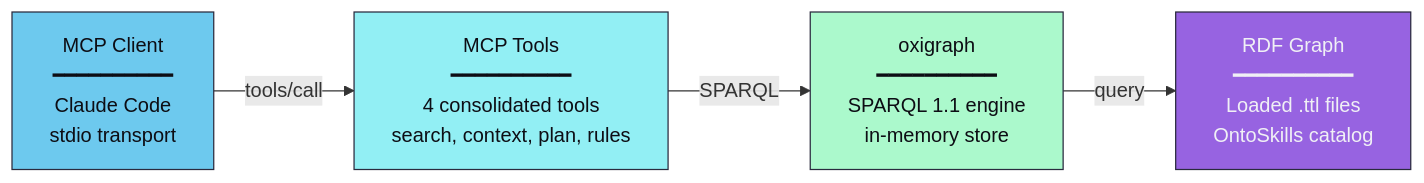
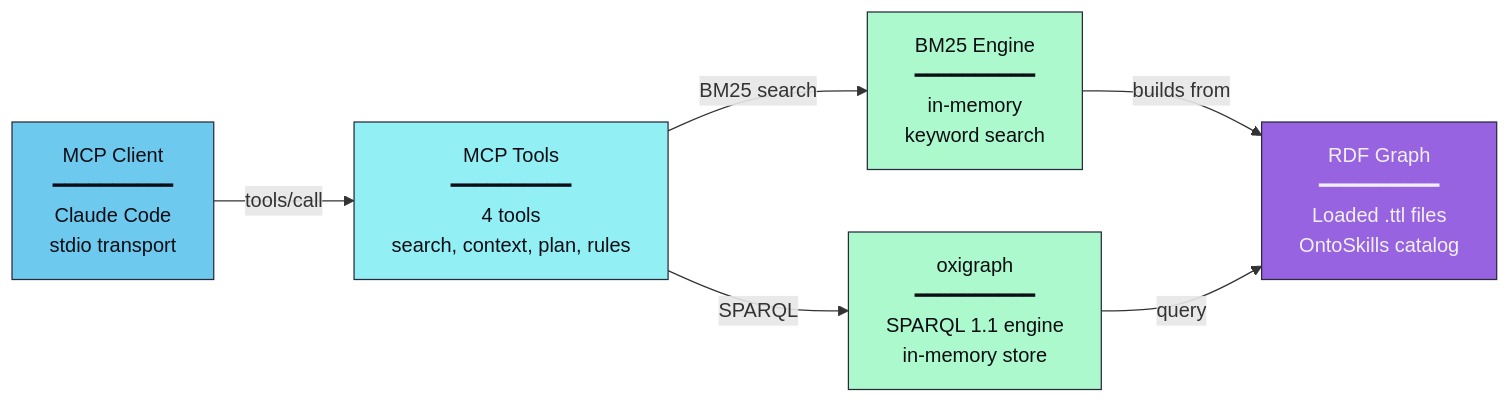
The second of 3 diagrams in mcp/README.md (mareasoftware/ontoclaw), drawn with Mermaid before and after one commit. The commit also changed other lines of this file and 103 other files, not shown here.

````diff
--- a/mcp/README.md
+++ b/mcp/README.md
@@ -44,11 +44,14 @@
 ```mermaid
 flowchart LR
-    CLIENT["MCP Client<br/>━━━━━━━━━━<br/>Claude Code<br/>stdio transport"] -->|"tools/call"| TOOLS["MCP Tools<br/>━━━━━━━━━━<br/>4 consolidated tools<br/>search, context, plan, rules"]
+    CLIENT["MCP Client<br/>━━━━━━━━━━<br/>Claude Code<br/>stdio transport"] -->|"tools/call"| TOOLS["MCP Tools<br/>━━━━━━━━━━<br/>4 tools<br/>search, context, plan, rules"]
+    TOOLS -->|"BM25 search"| BM25["BM25 Engine<br/>━━━━━━━━━━<br/>in-memory<br/>keyword search"]
     TOOLS -->|"SPARQL"| SPARQL["oxigraph<br/>━━━━━━━━━━<br/>SPARQL 1.1 engine<br/>in-memory store"]
-    SPARQL -->|"query"| GRAPH["RDF Graph<br/>━━━━━━━━━━<br/>Loaded .ttl files<br/>OntoSkills catalog"]
+    BM25 -->|"builds from"| GRAPH["RDF Graph<br/>━━━━━━━━━━<br/>Loaded .ttl files<br/>OntoSkills catalog"]
+    SPARQL -->|"query"| GRAPH
 
     style CLIENT fill:#6dc9ee,stroke:#2a2a3e,color:#0d0d14
     style TOOLS fill:#92eff4,stroke:#2a2a3e,color:#0d0d14
+    style BM25 fill:#abf9cc,stroke:#2a2a3e,color:#0d0d14
     style SPARQL fill:#abf9cc,stroke:#2a2a3e,color:#0d0d14
     style GRAPH fill:#9763e1,stroke:#2a2a3e,color:#f0f0f5
 ```
````
